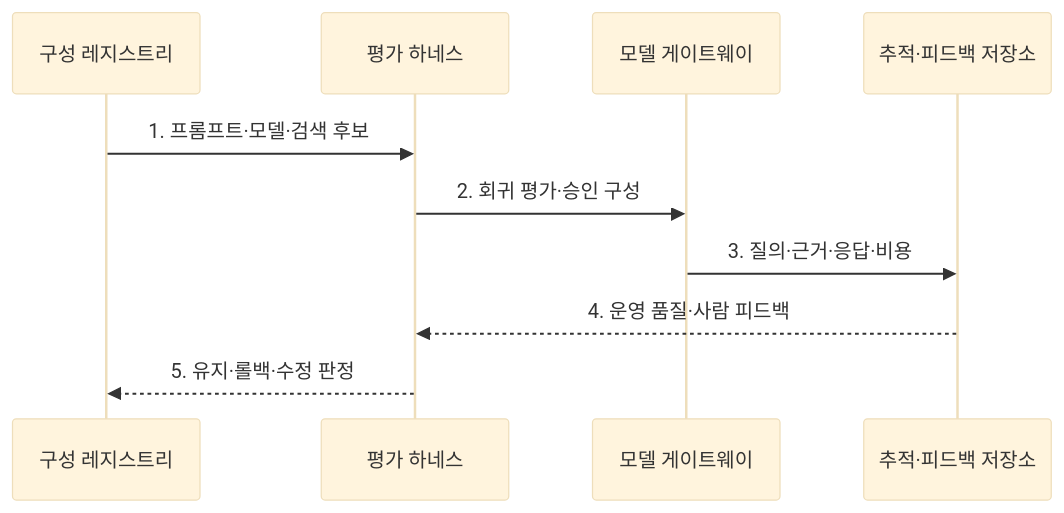
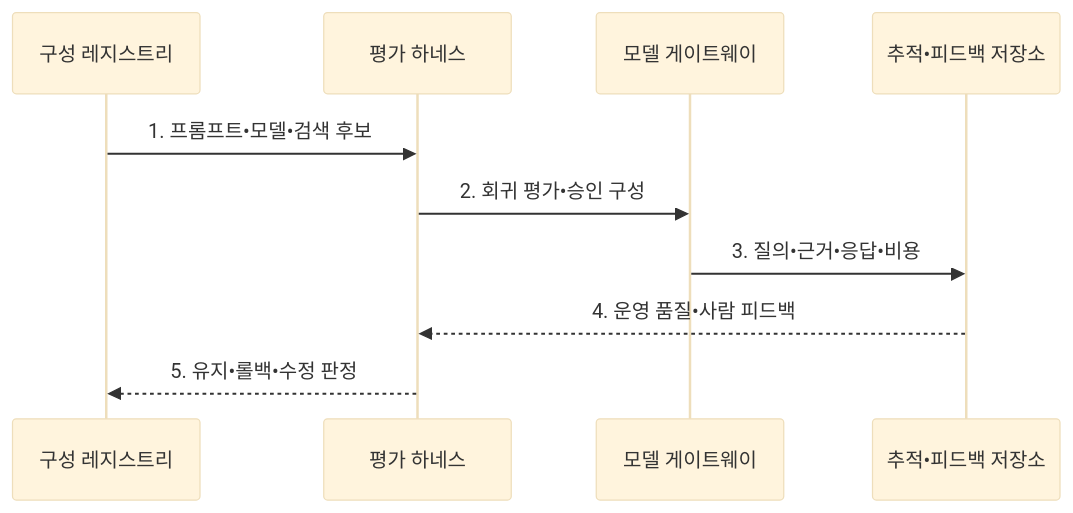
Before and after one commit to agnusdei1207/knowledge-base: the second of 2 diagrams in src/content/docs/notes/08-latest-tech/129_llmops.md, drawn with Mermaid (base theme). The commit also changed other lines of this file and 953 other files, not shown here.

````diff
--- a/src/content/docs/notes/08-latest-tech/129_llmops.md
+++ b/src/content/docs/notes/08-latest-tech/129_llmops.md
@@ -106,12 +106,12 @@
 ```mermaid
 sequenceDiagram
   participant R as 구성 레지스트리
   participant H as 평가 하네스
   participant G as 모델 게이트웨이
-  participant T as 추적·피드백 저장소
-  R->>H: 1. 프롬프트·모델·검색 후보
-  H->>G: 2. 회귀 평가·승인 구성
-  G->>T: 3. 질의·근거·응답·비용
-  T-->>H: 4. 운영 품질·사람 피드백
-  H-->>R: 5. 유지·롤백·수정 판정
+  participant T as 추적•피드백 저장소
+  R->>H: 1. 프롬프트•모델•검색 후보
+  H->>G: 2. 회귀 평가•승인 구성
+  G->>T: 3. 질의•근거•응답•비용
+  T-->>H: 4. 운영 품질•사람 피드백
+  H-->>R: 5. 유지•롤백•수정 판정
 ```
````
